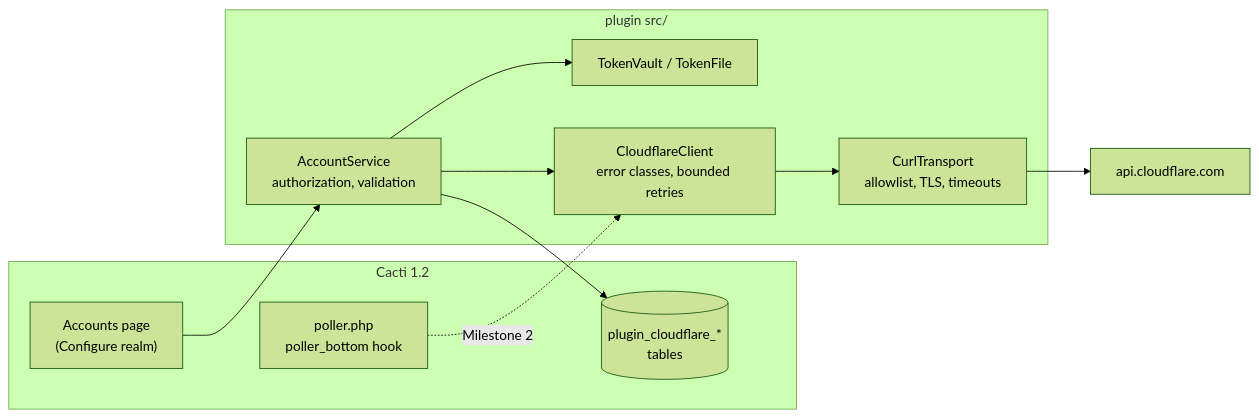
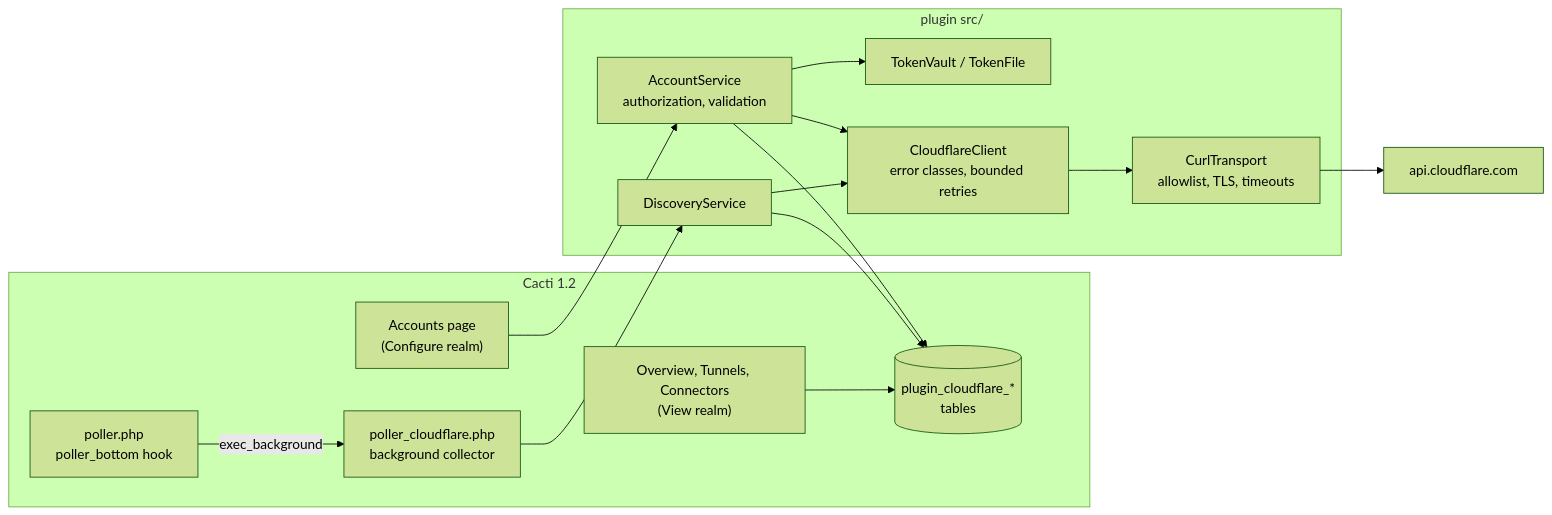
One commit to somethingwithproof/plugin_cloudflare changed the diagram in README.md. Above: the diagram before and after it, drawn with Mermaid (forest theme). The commit also changed other lines of this file and 85 other files, not shown here.

First line of the commit message:
feat: discover Cloudflare tunnels and show them in Cacti (#6)

````diff
--- a/README.md
+++ b/README.md
@@ -55,22 +58,28 @@
 ```mermaid
 flowchart LR
     subgraph Cacti["Cacti 1.2"]
         UI["Accounts page<br/>(Configure realm)"]
         Poller["poller.php<br/>poller_bottom hook"]
+        Viewer["Overview, Tunnels, Connectors<br/>(View realm)"]
+        Collector["poller_cloudflare.php<br/>background collector"]
         DB[("plugin_cloudflare_*<br/>tables")]
     end
     subgraph Plugin["plugin src/"]
         Svc["AccountService<br/>authorization, validation"]
         Vault["TokenVault / TokenFile"]
         Client["CloudflareClient<br/>error classes, bounded retries"]
         Transport["CurlTransport<br/>allowlist, TLS, timeouts"]
+        Disc["DiscoveryService"]
     end
     CF["api.cloudflare.com"]
 
     UI --> Svc
     Svc --> Vault
     Svc --> DB
     Svc --> Client
     Client --> Transport --> CF
-    Poller -. "Milestone 2" .-> Client
+    Viewer --> DB
+    Poller -- "exec_background" --> Collector --> Disc
+    Disc --> DB
+    Disc --> Client
 ```
````
